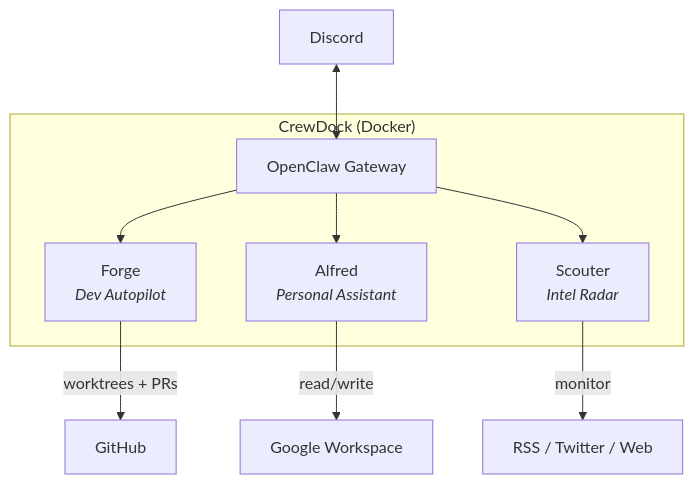
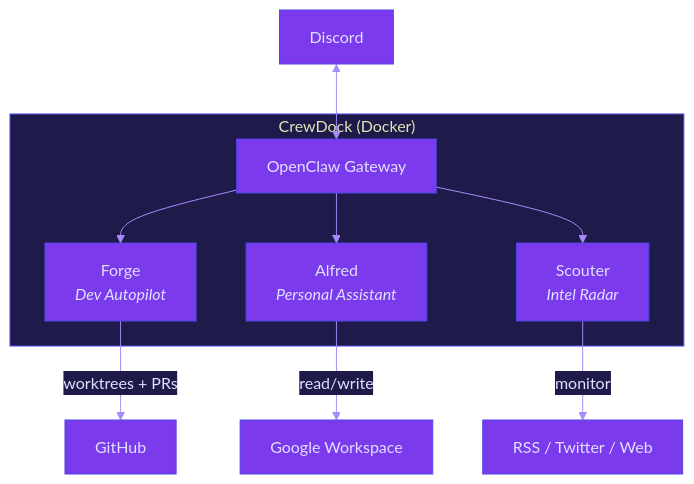
The diagram in README.md (dasirra/crewdock), drawn with Mermaid before and after one commit.

Commit message:
docs: apply brand colors to mermaid architecture diagram
Uses CrewDock palette: primary #7C3AED, secondary #4F46E5,
accent #A78BFA, dark #1E1B4B for nodes, edges, and cluster.

````diff
--- a/README.md
+++ b/README.md
@@ -23,16 +23,28 @@
 ```mermaid
+%%{init: {'theme': 'base', 'themeVariables': {
+  'primaryColor': '#7C3AED',
+  'primaryTextColor': '#E0E0FF',
+  'primaryBorderColor': '#4F46E5',
+  'lineColor': '#A78BFA',
+  'secondaryColor': '#4F46E5',
+  'tertiaryColor': '#1E1B4B',
+  'clusterBkg': '#1E1B4B',
+  'clusterBorder': '#4F46E5',
+  'edgeLabelBackground': '#1E1B4B',
+  'nodeTextColor': '#E0E0FF'
+}}}%%
 graph TB
     subgraph CrewDock ["CrewDock (Docker)"]
         GW[OpenClaw Gateway]
 
         GW --> Forge["Forge<br/><i>Dev Autopilot</i>"]
         GW --> Alfred["Alfred<br/><i>Personal Assistant</i>"]
         GW --> Scouter["Scouter<br/><i>Intel Radar</i>"]
     end
 
     Forge --> |worktrees + PRs| GitHub
     Alfred --> |read/write| Google["Google Workspace"]
     Scouter --> |monitor| Sources["RSS / Twitter / Web"]
 
     Discord <--> GW
 ```
````
